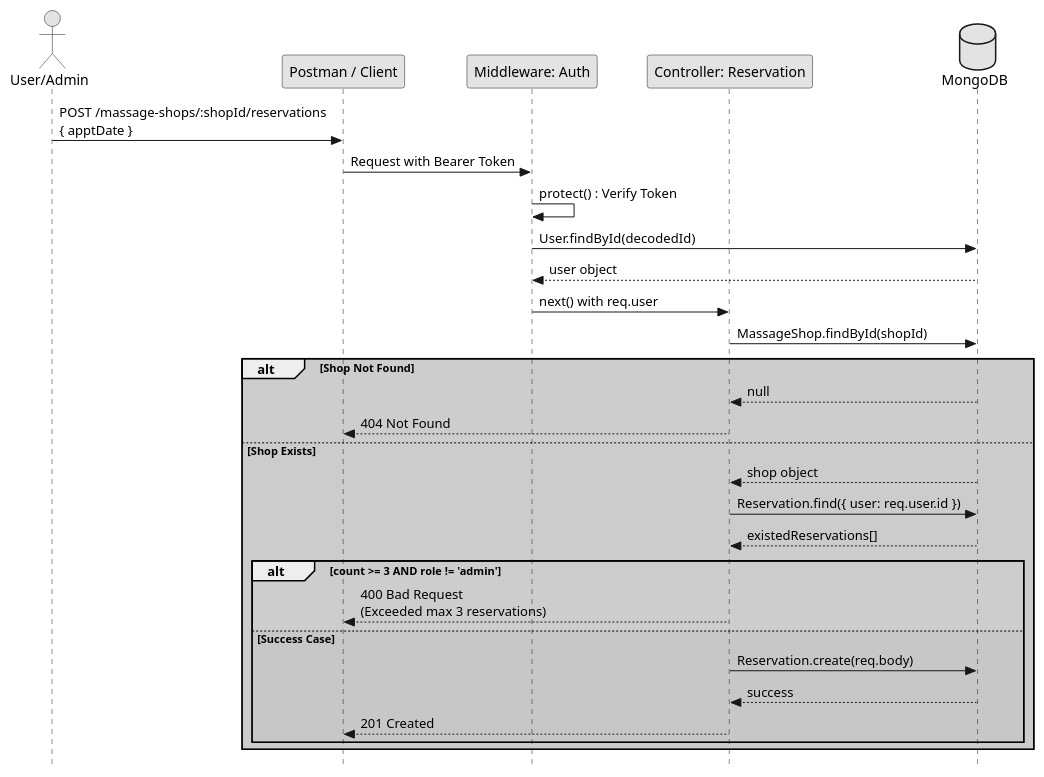
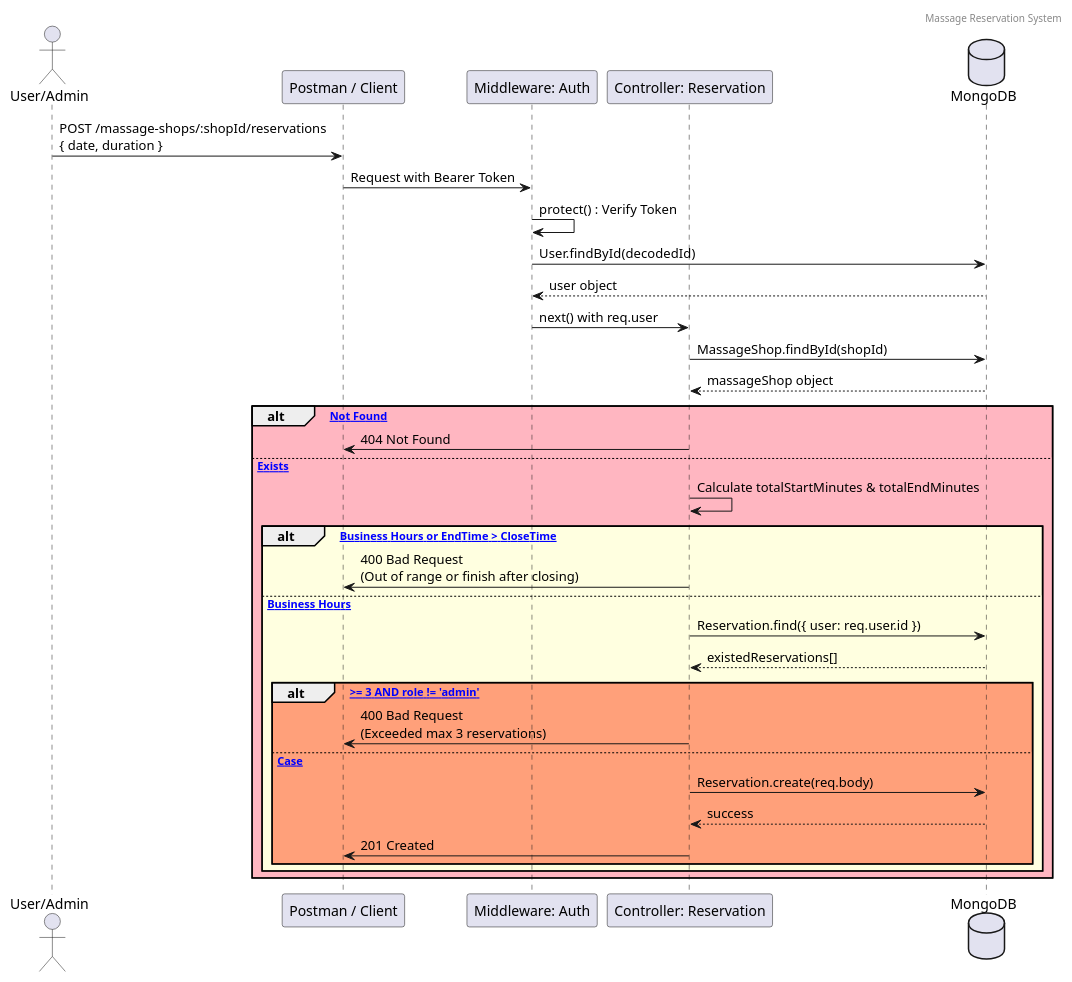
The diagram in MSsequencediagram.puml (2110503-CEDT68/be-project-68-backbegin), drawn with PlantUML before and after one commit. The commit also changed 2 other files, not shown here.

```diff
--- a/MSsequencediagram.puml
+++ b/MSsequencediagram.puml
@@ -1,38 +1,40 @@
-@startuml MassageShop
-skinparam style strictuml
-skinparam monochrome true
-skinparam ParticipantPadding 20
-
-actor "User/Admin" as User
-participant "Postman / Client" as Client
+@startuml Reservation Sequence
+header Massage Reservation System
+actor "User/Admin" as Client
+participant "Postman / Client" as Postman
 participant "Middleware: Auth" as Auth
 participant "Controller: Reservation" as Controller
 database "MongoDB" as DB
 
-User -> Client : POST /massage-shops/:shopId/reservations\n{ apptDate }
-Client -> Auth : Request with Bearer Token
-
+Client -> Postman : POST /massage-shops/:shopId/reservations\n{ date, duration }
+Postman -> Auth : Request with Bearer Token
 Auth -> Auth : protect() : Verify Token
 Auth -> DB : User.findById(decodedId)
 DB --> Auth : user object
 Auth -> Controller : next() with req.user
 
 Controller -> DB : MassageShop.findById(shopId)
-alt #LightPink Shop Not Found
-    DB --> Controller : null
-    Controller --> Client : 404 Not Found
-else #LightBlue Shop Exists
-    DB --> Controller : shop object
+DB --> Controller : massageShop object
+
+alt #LightPink [Shop Not Found]
+    Controller -> Postman : 404 Not Found
+else [Shop Exists]
     
-    Controller -> DB : Reservation.find({ user: req.user.id })
-    DB --> Controller : existedReservations[]
+    Controller -> Controller : Calculate totalStartMinutes & totalEndMinutes
+    
+    alt #LightYellow [Outside Business Hours or EndTime > CloseTime]
+        Controller -> Postman : 400 Bad Request\n(Out of range or finish after closing)
+    else [Within Business Hours]
+        Controller -> DB : Reservation.find({ user: req.user.id })
+        DB --> Controller : existedReservations[]
 
-    alt #LightPink count >= 3 AND role != 'admin'
-        Controller --> Client : 400 Bad Request\n(Exceeded max 3 reservations)
-    else #LightGreen Success Case
-        Controller -> DB : Reservation.create(req.body)
-        DB --> Controller : success
-        Controller --> Client : 201 Created
+        alt #LightSalmon [count >= 3 AND role != 'admin']
+            Controller -> Postman : 400 Bad Request\n(Exceeded max 3 reservations)
+        else [Success Case]
+            Controller -> DB : Reservation.create(req.body)
+            DB --> Controller : success
+            Controller -> Postman : 201 Created
+        end
     end
 end
 @enduml
```
